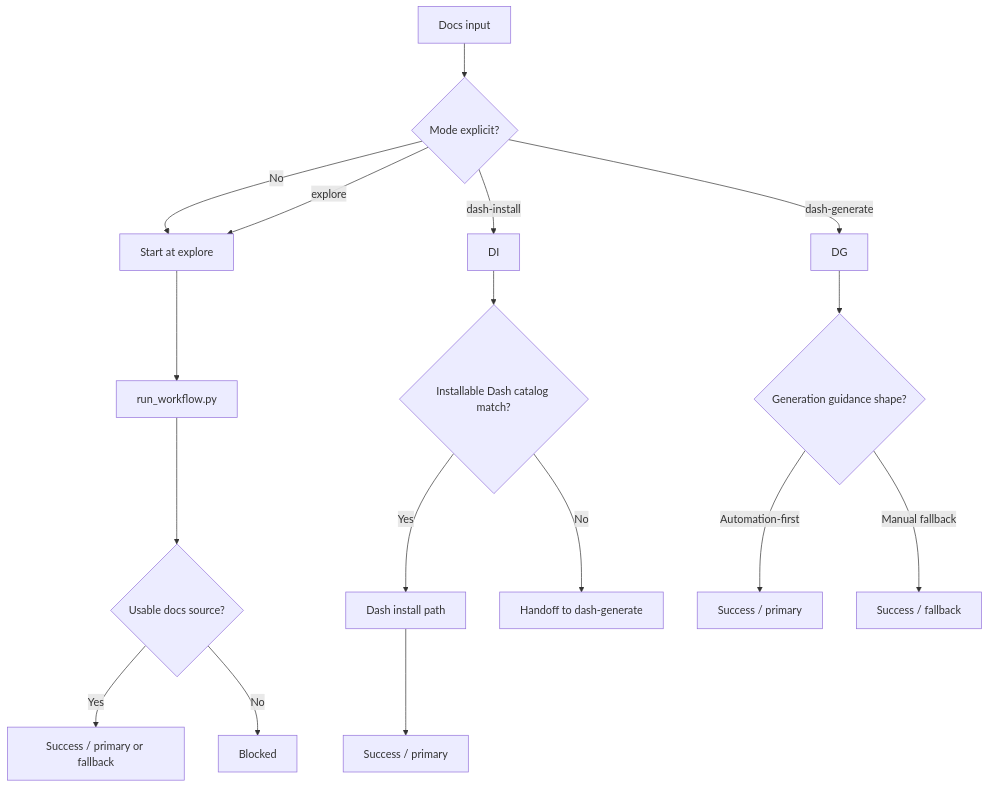
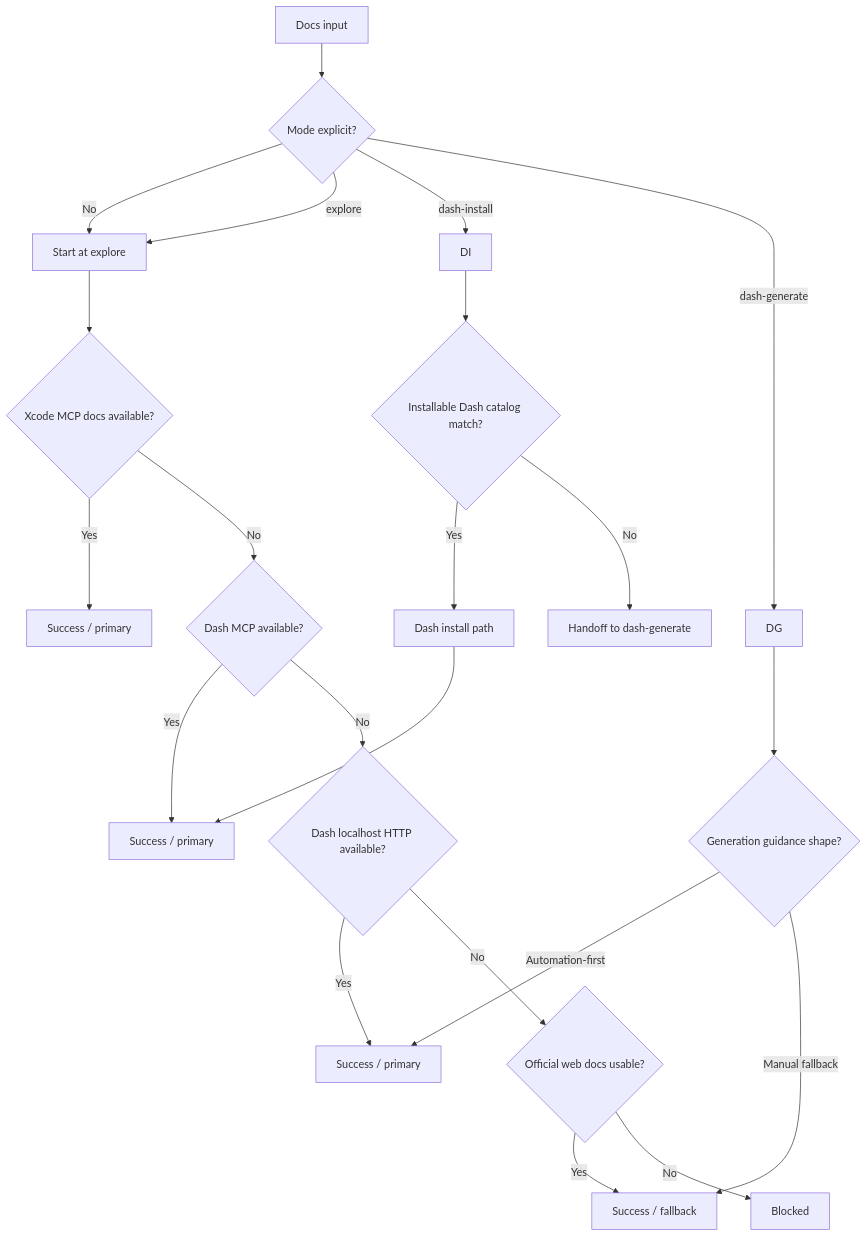
The sixth of 12 diagrams in docs/maintainers/workflow-atlas.md (gaelic-ghost/apple-dev-skills), drawn with Mermaid before and after one commit. The commit also changed other lines of this file and 9 other files, not shown here.

````diff
--- a/docs/maintainers/workflow-atlas.md
+++ b/docs/maintainers/workflow-atlas.md
@@ -437,20 +437,25 @@
 ```mermaid
 flowchart TD
     I["Docs input"] --> M{"Mode explicit?"}
     M -->|No| E["Start at explore"]
     M -->|explore| E
     M -->|dash-install| DI
     M -->|dash-generate| DG
 
-    E --> RW["run_workflow.py"]
-    RW --> SRC{"Usable docs source?"}
-    SRC -->|Yes| OUT1["Success / primary or fallback"]
-    SRC -->|No| BL["Blocked"]
+    E --> XD{"Xcode MCP docs available?"}
+    XD -->|Yes| OUT1["Success / primary"]
+    XD -->|No| DM{"Dash MCP available?"}
+    DM -->|Yes| OUT2["Success / fallback"]
+    DM -->|No| DH{"Dash localhost HTTP available?"}
+    DH -->|Yes| OUT3["Success / fallback"]
+    DH -->|No| WEB{"Official web docs usable?"}
+    WEB -->|Yes| OUT4["Success / fallback"]
+    WEB -->|No| BL["Blocked"]
     DI --> MATCH{"Installable Dash catalog match?"}
     MATCH -->|Yes| INST["Dash install path"]
     MATCH -->|No| HAND["Handoff to dash-generate"]
     INST --> OUT2["Success / primary"]
     DG --> GEN{"Generation guidance shape?"}
     GEN -->|Automation-first| OUT3["Success / primary"]
     GEN -->|Manual fallback| OUT4["Success / fallback"]
 ```
````
